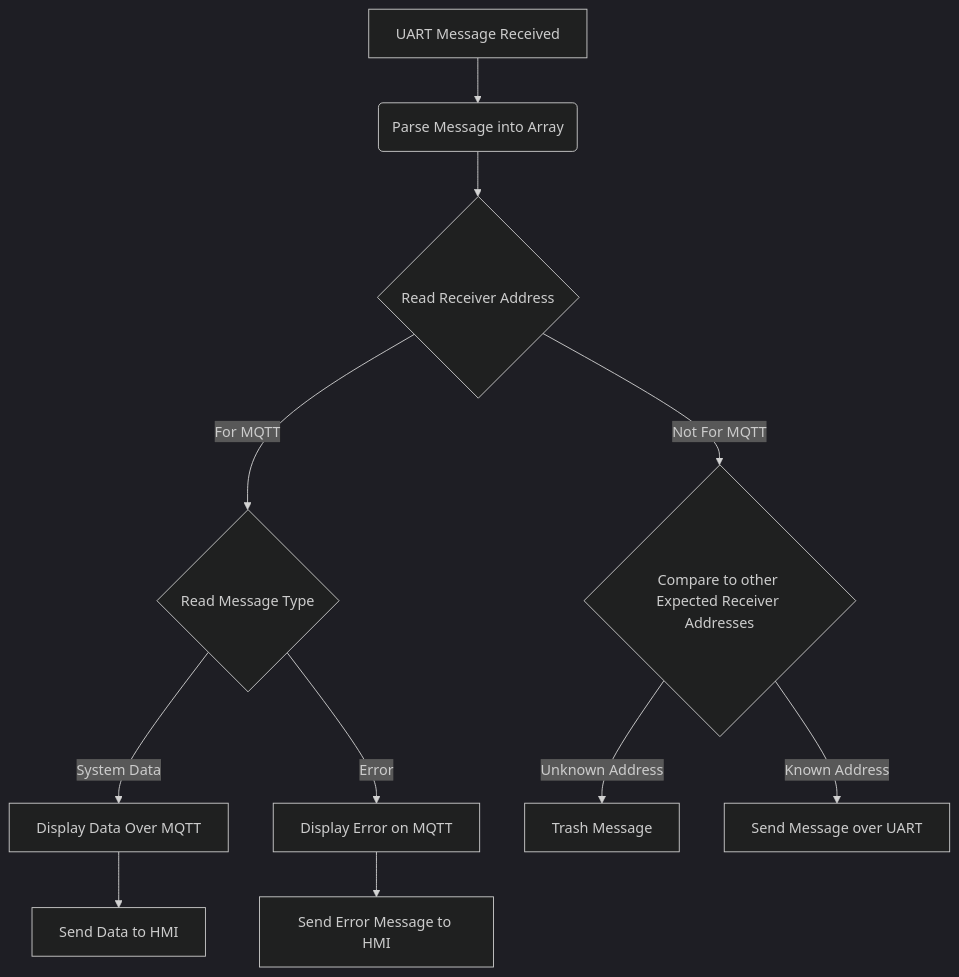
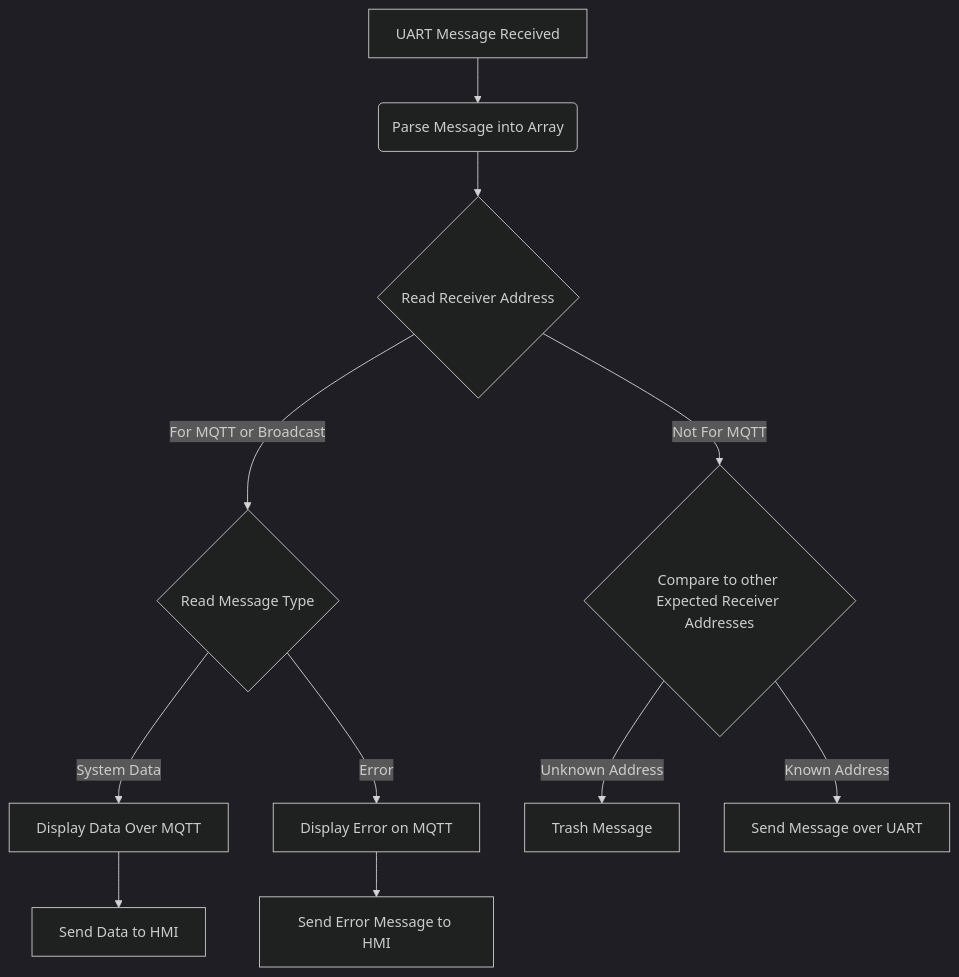
Before and after one commit to kirkvolin/kirkvolin.github.io: the first of 2 diagrams in docs/API.md, drawn with Mermaid (dark theme).

````diff
--- a/docs/API.md
+++ b/docs/API.md
@@ -113,10 +113,10 @@
 ```mermaid
 flowchart TD
     A[UART Message Received] --> B(Parse Message into Array)
     B --> C{Read Receiver Address}
-    C -->|For MQTT| D{Read Message Type} -->|System Data| G[Display Data Over MQTT] --> I[Send Data to HMI]
+    C -->|For MQTT or Broadcast| D{Read Message Type} -->|System Data| G[Display Data Over MQTT] --> I[Send Data to HMI]
     D -->|Error| J[Display Error on MQTT] --> K[Send Error Message to HMI]
     C -->|Not For MQTT| E{Compare to other Expected Receiver Addresses} -->|Unknown Address| H[Trash Message]
     E-->|Known Address|L[Send Message over UART]
   
 ```
````
